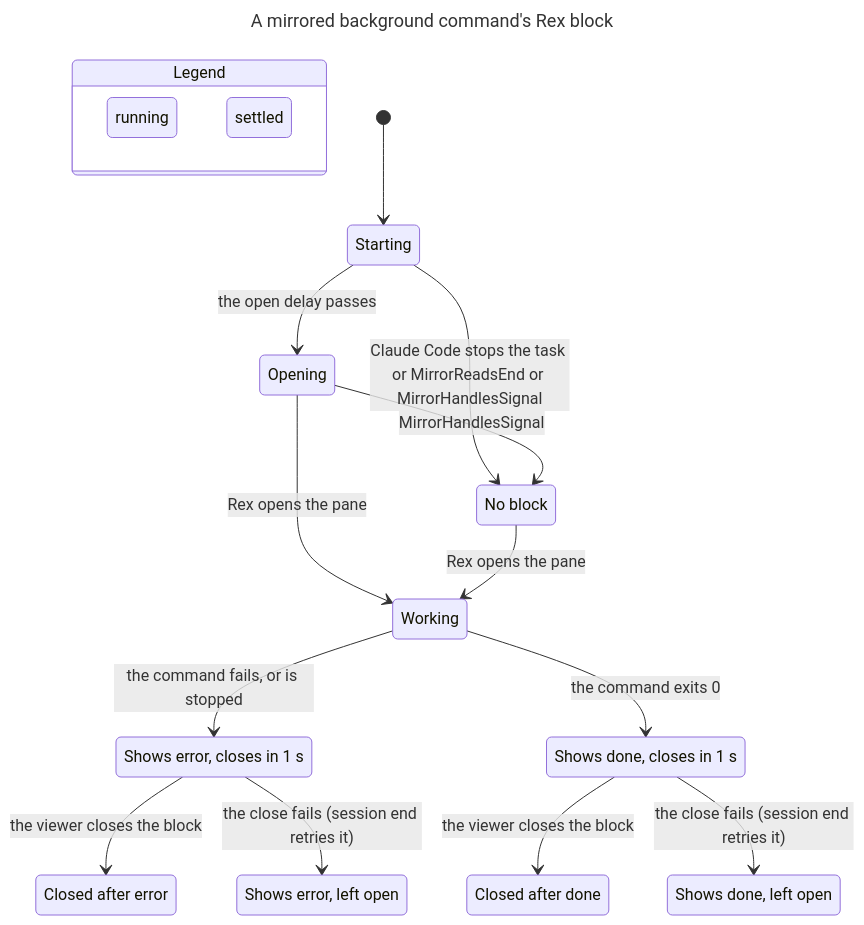
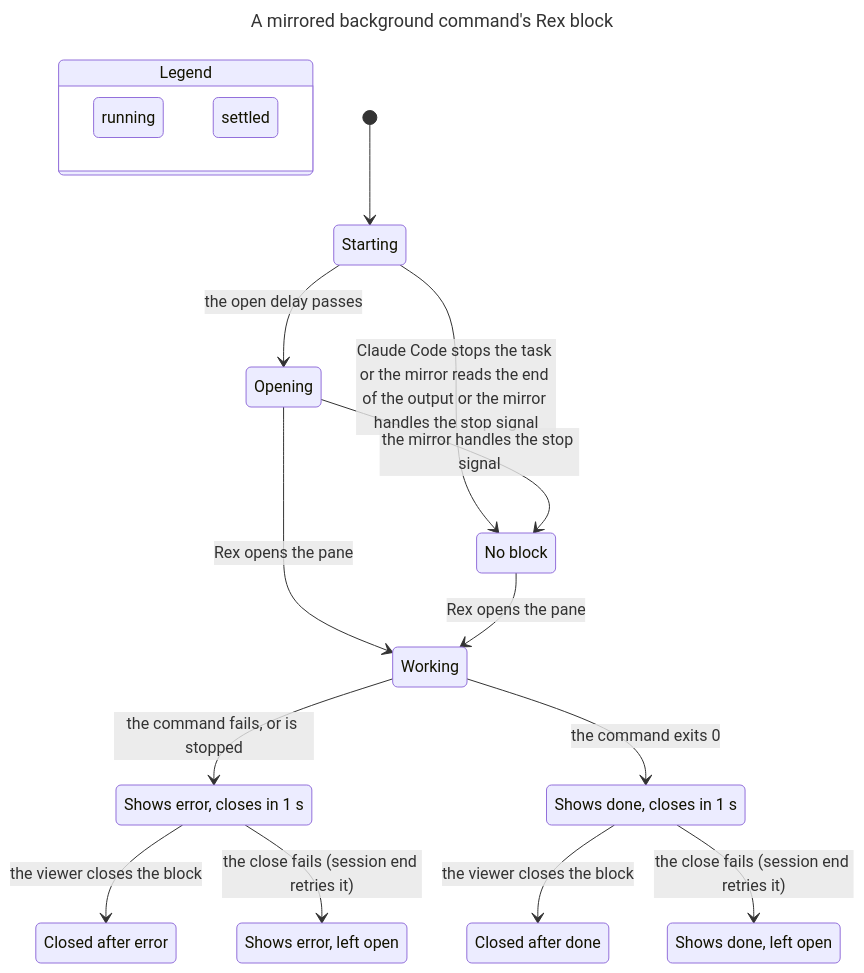
Before and after one commit to kpeez/agent-toolbox: the diagram in .agents/skills/verify-rex-mirror/chart.mmd, drawn with Mermaid. The commit also changed 2 other files, not shown here.

Commit message:
docs(verify-rex-mirror): name the two mirror actions on the chart arrows
The chart showed MirrorReadsEnd and MirrorHandlesSignal as raw TLA+ names. The view now labels both, and the chart is drawn again. Rewrap the edited SKILL.md paragraph.

```diff
--- a/.agents/skills/verify-rex-mirror/chart.mmd
+++ b/.agents/skills/verify-rex-mirror/chart.mmd
@@ -1,42 +1,42 @@
 ---
 title: "A mirrored background command's Rex block"
 ---
 stateDiagram-v2
   state "Legend" as legend {
     lg0: running
     lg1: settled
   }
   class lg0 blue
   class lg1 teal
   s0: Starting
   s1: No block
   s2: Opening
   s3: Working
   s4: Shows error, closes in 1 s
   s5: Closed after error
   s6: Shows error, left open
   s7: Shows done, closes in 1 s
   s8: Closed after done
   s9: Shows done, left open
   [*] --> s0
-  s0 --> s1: Claude Code stops the task or MirrorReadsEnd or MirrorHandlesSignal
+  s0 --> s1: Claude Code stops the task or the mirror reads the end of the output or the mirror handles the stop signal
   s0 --> s2: the open delay passes
   s2 --> s3: Rex opens the pane
-  s2 --> s1: MirrorHandlesSignal
+  s2 --> s1: the mirror handles the stop signal
   s1 --> s3: Rex opens the pane
   s3 --> s4: the command fails, or is stopped
   s4 --> s5: the viewer closes the block
   s4 --> s6: the close fails (session end retries it)
   s3 --> s7: the command exits 0
   s7 --> s8: the viewer closes the block
   s7 --> s9: the close fails (session end retries it)
   class s0 blue
   class s1 blue
   class s2 blue
   class s3 blue
   class s4 teal
   class s5 teal
   class s6 teal
   class s7 teal
   class s8 teal
   class s9 teal
```
